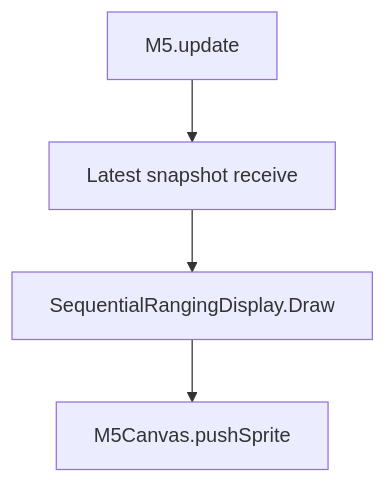
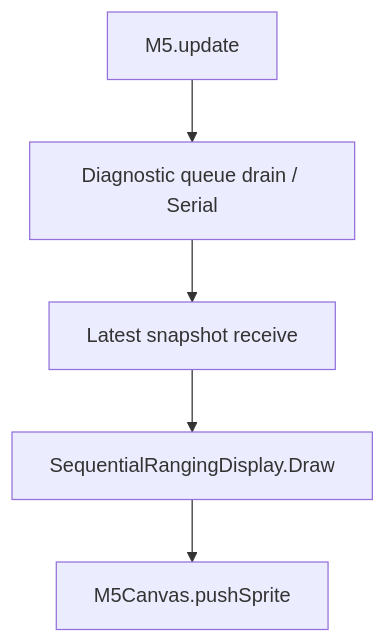
One commit to ssaattww/RYUW122_M5StickS3 changed the third of 4 diagrams in docs/current-class-architecture.md. Above: the diagram before and after it, drawn with Mermaid. The commit also changed other lines of this file and 38 other files, not shown here.

````diff
--- a/docs/current-class-architecture.md
+++ b/docs/current-class-architecture.md
@@ -155,6 +160,7 @@
 ```mermaid
 flowchart TD
-    A[M5.update] --> B[Latest snapshot receive]
-    B --> C[SequentialRangingDisplay.Draw]
-    C --> D[M5Canvas.pushSprite]
+    A[M5.update] --> B[Diagnostic queue drain / Serial]
+    B --> C[Latest snapshot receive]
+    C --> D[SequentialRangingDisplay.Draw]
+    D --> E[M5Canvas.pushSprite]
 ```
````
